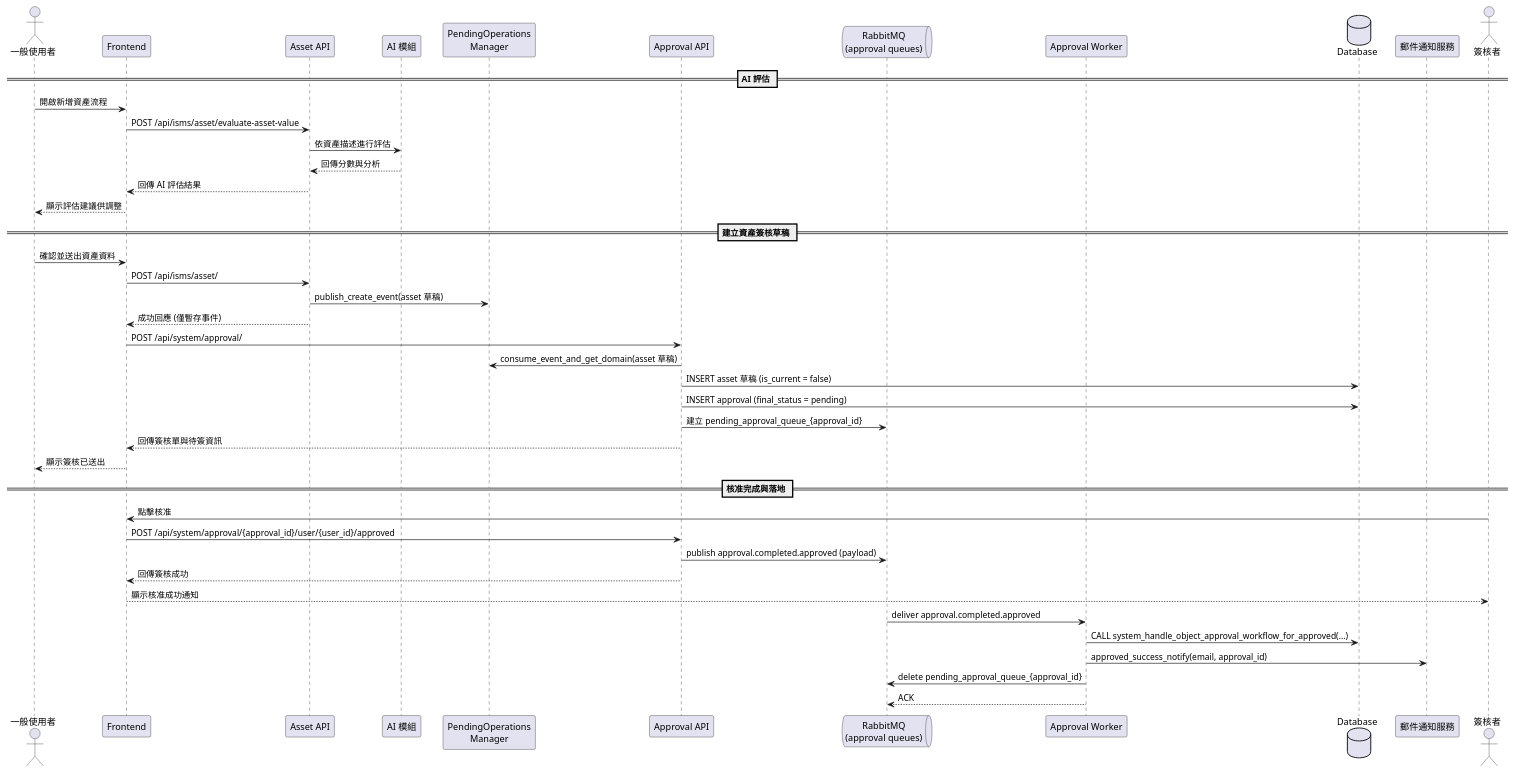
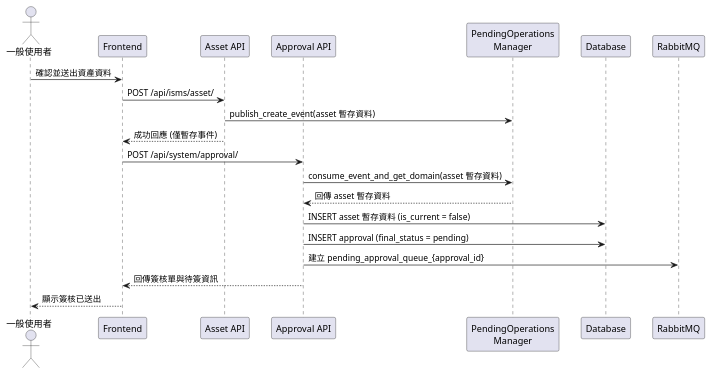
Before and after one commit to walle45611/NTUB_SecuManag_Diagram: the diagram in plantUML/sequence/asset_create.puml, drawn with PlantUML. The commit also changed 9 other files, not shown here.

Commit message:
feat: 更新多個流程圖，調整參與者與流程步驟以增強可讀性，並整合核准與拒絕流程

```diff
--- a/plantUML/sequence/asset_create.puml
+++ b/plantUML/sequence/asset_create.puml
@@ -1,52 +1,26 @@
 @startuml
 skinparam ParticipantPadding 12
 skinparam BoxPadding 6
 
 actor User as "一般使用者"
 participant Frontend
 participant "Asset API" as AssetAPI
-participant "AI 模組" as AI
+participant "Approval API" as ApprovalAPI
 participant "PendingOperations\nManager" as POM
-participant "Approval API" as ApprovalAPI
-queue "RabbitMQ\n(approval queues)" as MQ
-participant "Approval Worker" as Worker
-database Database
-participant "郵件通知服務" as Mail
+participant Database
+participant "RabbitMQ" as MQ
 
-== AI 評估 ==
-User -> Frontend: 開啟新增資產流程
-Frontend -> AssetAPI: POST /api/isms/asset/evaluate-asset-value
-AssetAPI -> AI: 依資產描述進行評估
-AI --> AssetAPI: 回傳分數與分析
-AssetAPI --> Frontend: 回傳 AI 評估結果
-Frontend --> User: 顯示評估建議供調整
-
-== 建立資產簽核草稿 ==
 User -> Frontend: 確認並送出資產資料
 Frontend -> AssetAPI: POST /api/isms/asset/
-AssetAPI -> POM: publish_create_event(asset 草稿)
+AssetAPI -> POM: publish_create_event(asset 暫存資料)
 AssetAPI --> Frontend: 成功回應 (僅暫存事件)
-
 Frontend -> ApprovalAPI: POST /api/system/approval/
-ApprovalAPI -> POM: consume_event_and_get_domain(asset 草稿)
-ApprovalAPI -> Database: INSERT asset 草稿 (is_current = false)
+ApprovalAPI -> POM: consume_event_and_get_domain(asset 暫存資料)
+POM --> ApprovalAPI: 回傳 asset 暫存資料
+ApprovalAPI -> Database: INSERT asset 暫存資料 (is_current = false)
 ApprovalAPI -> Database: INSERT approval (final_status = pending)
 ApprovalAPI -> MQ: 建立 pending_approval_queue_{approval_id}
 ApprovalAPI --> Frontend: 回傳簽核單與待簽資訊
 Frontend --> User: 顯示簽核已送出
 
-== 核准完成與落地 ==
-actor Signer as "簽核者"
-Signer -> Frontend: 點擊核准
-Frontend -> ApprovalAPI: POST /api/system/approval/{approval_id}/user/{user_id}/approved
-ApprovalAPI -> MQ: publish approval.completed.approved (payload)
-ApprovalAPI --> Frontend: 回傳簽核成功
-Frontend --> Signer: 顯示核准成功通知
-
-MQ -> Worker: deliver approval.completed.approved
-Worker -> Database: CALL system_handle_object_approval_workflow_for_approved(...)
-Worker -> Mail: approved_success_notify(email, approval_id)
-Worker -> MQ: delete pending_approval_queue_{approval_id}
-Worker --> MQ: ACK
-
 @enduml
```
